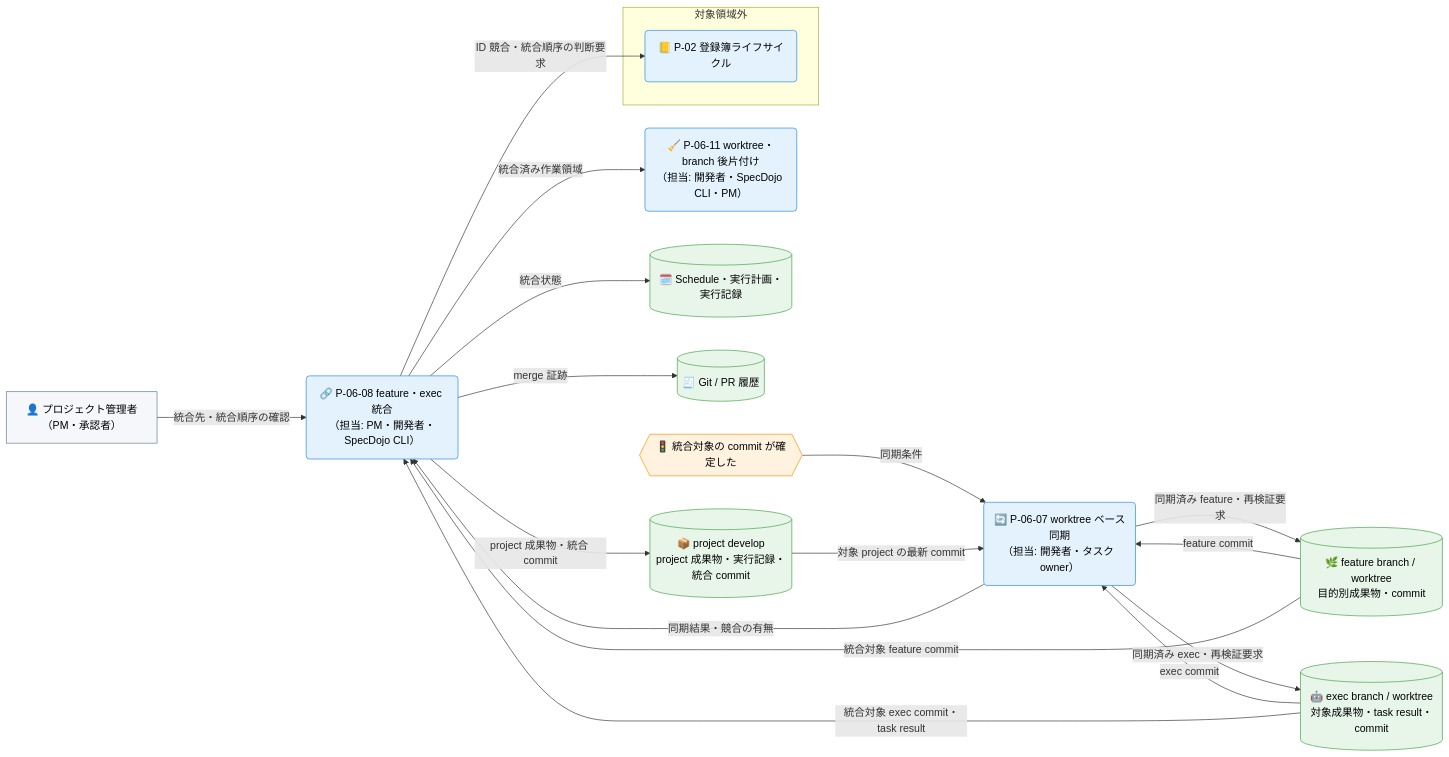
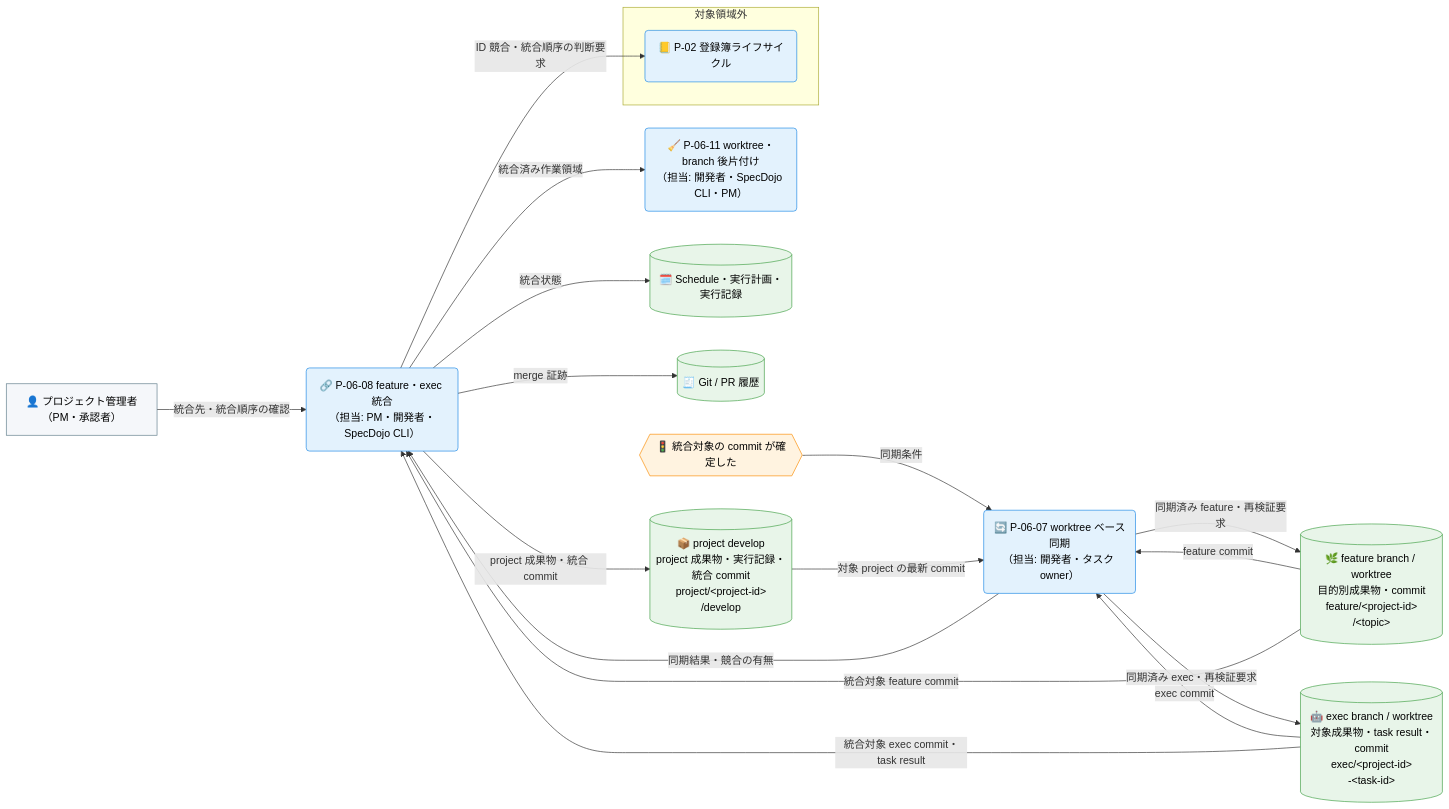
One commit to specdojo/specdojo changed the third of 4 diagrams in docs/ja/product/010-business-specs/010-data-flow/cdfd-multi-project.md. Above: the diagram before and after it, drawn with Mermaid. The commit also changed other lines of this file and 31 other files, not shown here.

First line of the commit message:
exec(T-DATA-FLOW-cdfd-*-140): finalize remaining data-flow CDFDs

````diff
--- a/docs/ja/product/010-business-specs/010-data-flow/cdfd-multi-project.md
+++ b/docs/ja/product/010-business-specs/010-data-flow/cdfd-multi-project.md
@@ -175,48 +175,48 @@
 ```mermaid
 flowchart LR
   classDef process fill:#e3f2fd,stroke:#1e88e5,color:#000
   classDef event fill:#fff3e0,stroke:#fb8c00,color:#000
   classDef storeMaster fill:#c8e6c9,stroke:#2e7d32,color:#000
   classDef storeTransaction fill:#e8f5e9,stroke:#43a047,color:#000
   classDef actor fill:#f5f7fa,stroke:#607d8b,color:#000
 
   プロジェクト管理者["👤 プロジェクト管理者<br>（PM・承認者）"]
 
   統合可能{{"🚦 統合対象の commit が確定した"}}
 
   worktreeベース同期("🔄 P-06-07 worktree ベース同期<br>（担当: 開発者・タスク owner）")
   featureExec統合("🔗 P-06-08 feature・exec 統合<br>（担当: PM・開発者・SpecDojo CLI）")
   worktreeBranch後片付け("🧹 P-06-11 worktree・branch 後片付け<br>（担当: 開発者・SpecDojo CLI・PM）")
 
-  projectDevelop[("📦 project develop<br>project 成果物・実行記録・統合 commit")]
-  featureWorktree[("🌿 feature branch / worktree<br>目的別成果物・commit")]
-  execWorktree[("🤖 exec branch / worktree<br>対象成果物・task result・commit")]
+  projectDevelop[("📦 project develop<br>project 成果物・実行記録・統合 commit<br>project/&lt;project-id&gt;<br>/develop")]
+  featureWorktree[("🌿 feature branch / worktree<br>目的別成果物・commit<br>feature/&lt;project-id&gt;<br>/&lt;topic&gt;")]
+  execWorktree[("🤖 exec branch / worktree<br>対象成果物・task result・commit<br>exec/&lt;project-id&gt;<br>-&lt;task-id&gt;")]
   実行計画記録[("🗓️ Schedule・実行計画・実行記録")]
   GitPR履歴[("🧾 Git / PR 履歴")]
 
   subgraph 領域外統合["対象領域外"]
     登録簿ライフサイクル("📒 P-02 登録簿ライフサイクル")
   end
 
   統合可能 -->|"同期条件"| worktreeベース同期
   projectDevelop -->|"対象 project の最新 commit"| worktreeベース同期
   featureWorktree -->|"feature commit"| worktreeベース同期
   execWorktree -->|"exec commit"| worktreeベース同期
   worktreeベース同期 -->|"同期済み feature・再検証要求"| featureWorktree
   worktreeベース同期 -->|"同期済み exec・再検証要求"| execWorktree
   worktreeベース同期 -->|"同期結果・競合の有無"| featureExec統合
 
   featureWorktree -->|"統合対象 feature commit"| featureExec統合
   execWorktree -->|"統合対象 exec commit・task result"| featureExec統合
   プロジェクト管理者 -->|"統合先・統合順序の確認"| featureExec統合
   featureExec統合 -->|"project 成果物・統合 commit"| projectDevelop
   featureExec統合 -->|"統合状態"| 実行計画記録
   featureExec統合 -->|"merge 証跡"| GitPR履歴
   featureExec統合 -->|"ID 競合・統合順序の判断要求"| 登録簿ライフサイクル
   featureExec統合 -->|"統合済み作業領域"| worktreeBranch後片付け
 
   class worktreeベース同期,featureExec統合,worktreeBranch後片付け,登録簿ライフサイクル process
   class 統合可能 event
   class projectDevelop,featureWorktree,execWorktree,実行計画記録,GitPR履歴 storeTransaction
   class プロジェクト管理者 actor
 ```
````
